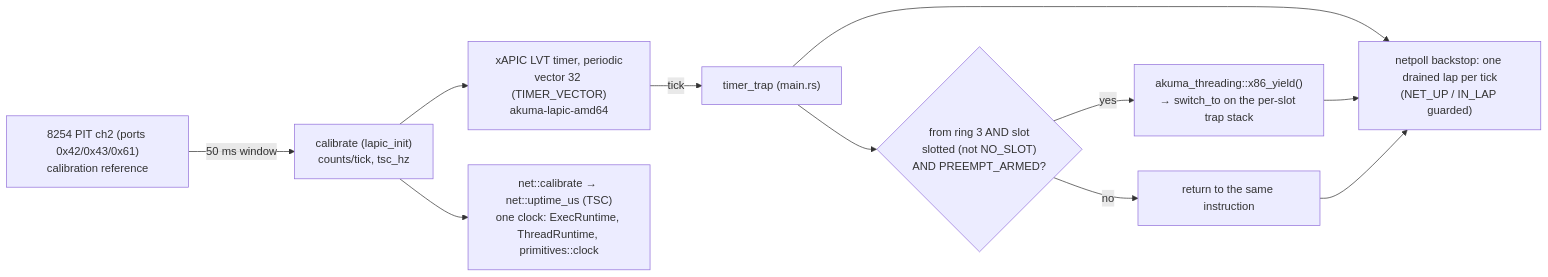
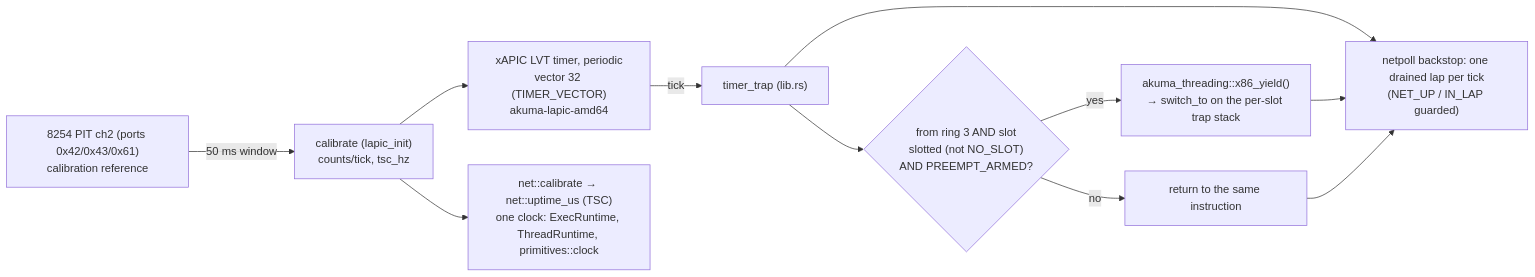
The diagram in taoxichuan/docs/diagrams/scheduling.md (netoneko/akuma), drawn with Mermaid before and after one commit. The commit also changed 42 other files, not shown here.

````diff
--- a/taoxichuan/docs/diagrams/scheduling.md
+++ b/taoxichuan/docs/diagrams/scheduling.md
@@ -6,13 +6,13 @@
 ```mermaid
 flowchart LR
     PIT["8254 PIT ch2 (ports 0x42/0x43/0x61)<br/>calibration reference"] -->|50 ms window| CAL["calibrate (lapic_init)<br/>counts/tick, tsc_hz"]
     CAL --> LVT["xAPIC LVT timer, periodic<br/>vector 32 (TIMER_VECTOR)<br/>akuma-lapic-amd64"]
-    LVT -->|tick| TT["timer_trap (main.rs)"]
+    LVT -->|tick| TT["timer_trap (lib.rs)"]
     CAL --> CLK["net::calibrate → net::uptime_us (TSC)<br/>one clock: ExecRuntime, ThreadRuntime, primitives::clock"]
     TT --> G{"from ring 3 AND slot<br/>slotted (not NO_SLOT)<br/>AND PREEMPT_ARMED?"}
     G -->|yes| Y["akuma_threading::x86_yield()<br/>→ switch_to on the per-slot trap stack"]
     G -->|no| R["return to the same instruction"]
     TT --> NP["netpoll backstop: one drained lap per tick<br/>(NET_UP / IN_LAP guarded)"]
     Y --> NP
     R --> NP
 ```
````
